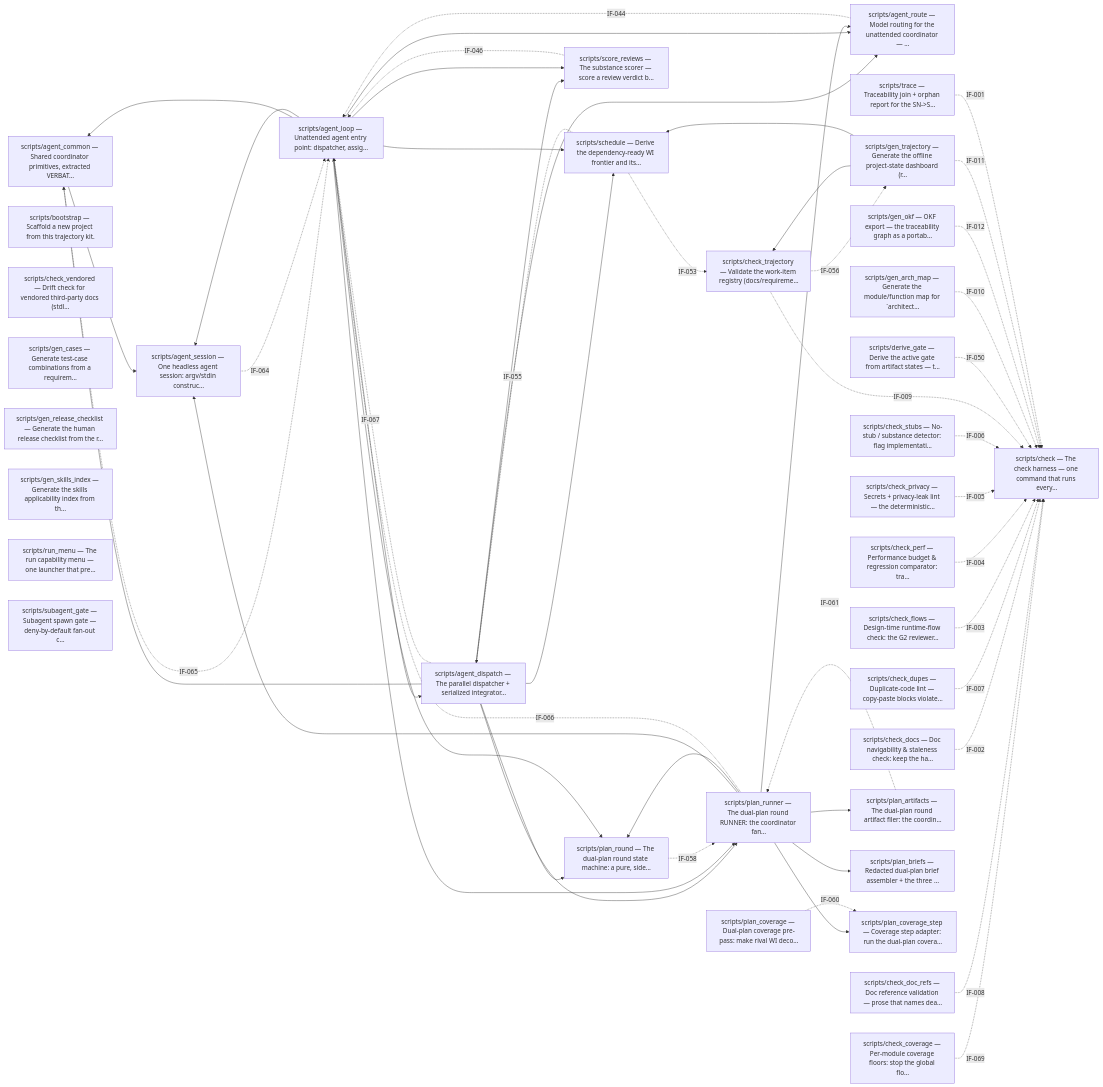
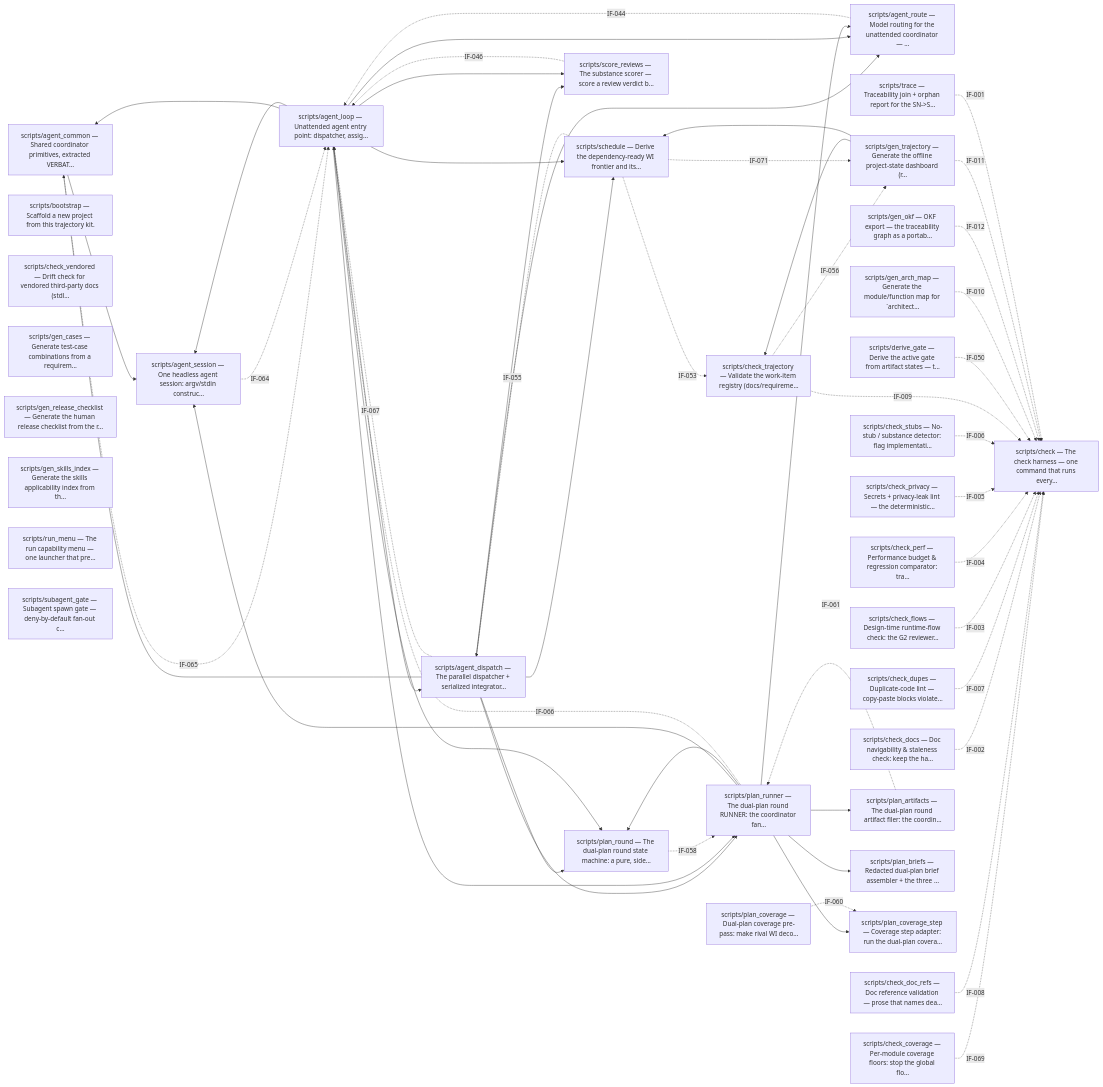
The first of 4 diagrams in docs/architecture.md (diytechy/ai-template), drawn with Mermaid before and after one commit. The commit also changed other lines of this file and 10 other files, not shown here.

First line of the commit message:
WI-290: declare gen_trajectory->schedule seam (IF-071); file WI-291 (loader dedup)

````diff
--- a/docs/architecture.md
+++ b/docs/architecture.md
@@ -118,6 +118,7 @@
     m_scripts_plan_runner -. IF-066 .-> m_scripts_agent_loop
     m_scripts_schedule -. IF-055 .-> m_scripts_agent_dispatch
     m_scripts_schedule -. IF-053 .-> m_scripts_check_trajectory
+    m_scripts_schedule -. IF-071 .-> m_scripts_gen_trajectory
     m_scripts_score_reviews -. IF-046 .-> m_scripts_agent_loop
     m_scripts_trace -. IF-001 .-> m_scripts_check
 ```
````
